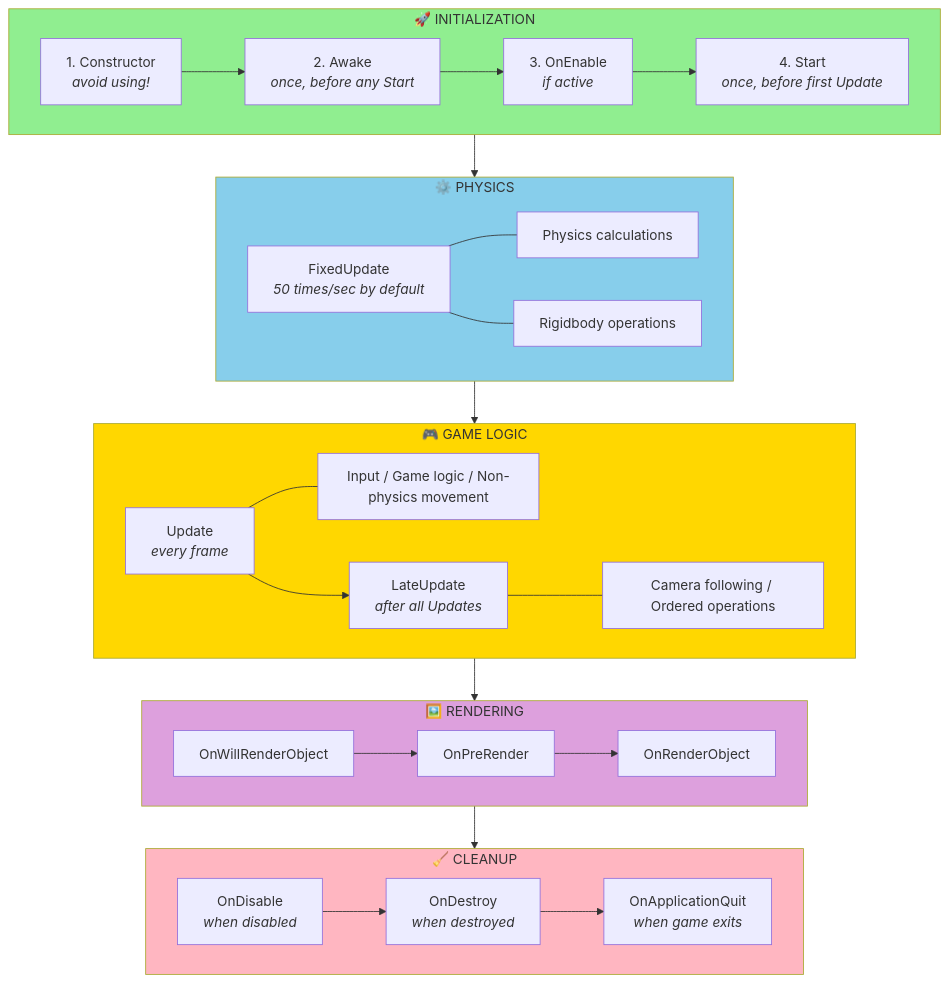
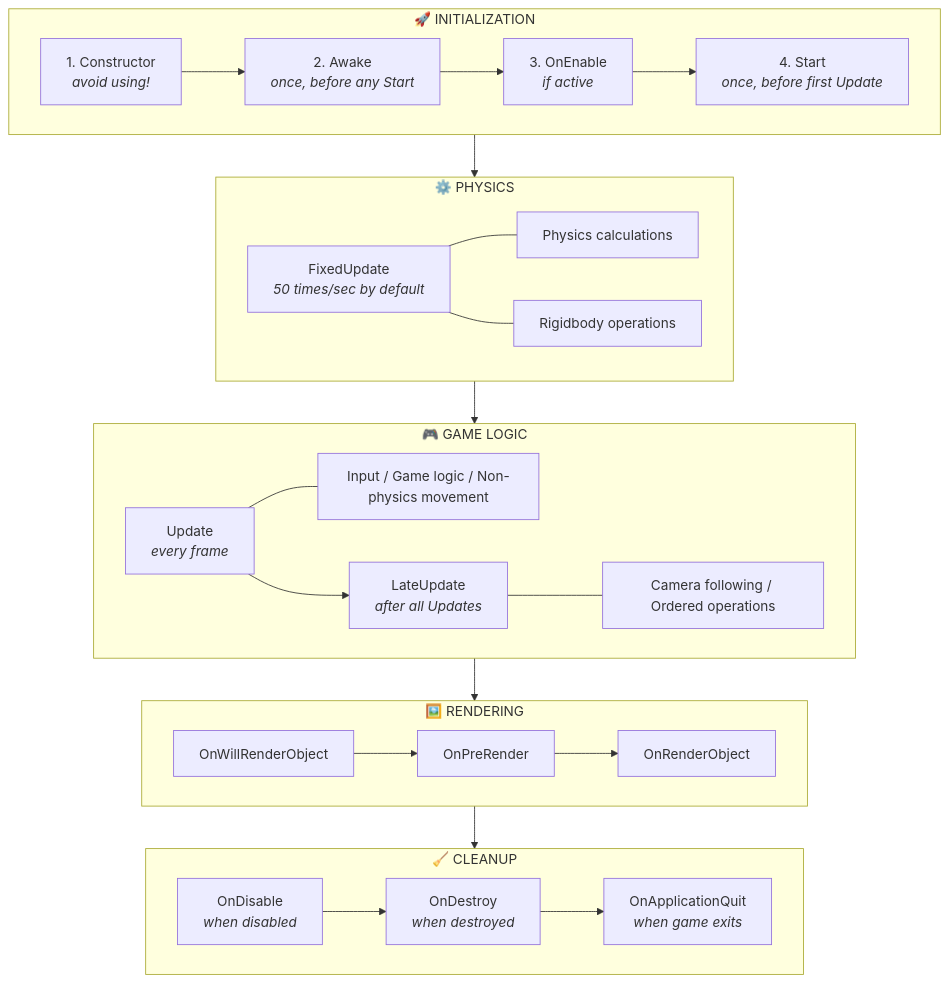
One commit to wallstop/unity-tips changed the first of 4 diagrams in docs/best-practices/01-lifecycle-methods.md. Above: the diagram before and after it, drawn with Mermaid. The commit also changed other lines of this file and 27 other files, not shown here.

First line of the commit message:
Make Mermaid diagrams theme-aware for GitHub Pages

````diff
--- a/docs/best-practices/01-lifecycle-methods.md
+++ b/docs/best-practices/01-lifecycle-methods.md
@@ -51,53 +51,47 @@
 ```mermaid
 flowchart TD
     subgraph INIT["🚀 INITIALIZATION"]
         A1["1. Constructor<br/><i>avoid using!</i>"]
         A2["2. Awake<br/><i>once, before any Start</i>"]
         A3["3. OnEnable<br/><i>if active</i>"]
         A4["4. Start<br/><i>once, before first Update</i>"]
         A1 --> A2 --> A3 --> A4
     end
 
     subgraph PHYSICS["⚙️ PHYSICS"]
         B1["FixedUpdate<br/><i>50 times/sec by default</i>"]
         B2["Physics calculations"]
         B3["Rigidbody operations"]
         B1 --- B2
         B1 --- B3
     end
 
     subgraph GAMELOGIC["🎮 GAME LOGIC"]
         C1["Update<br/><i>every frame</i>"]
         C2["Input / Game logic / Non-physics movement"]
         C3["LateUpdate<br/><i>after all Updates</i>"]
         C4["Camera following / Ordered operations"]
         C1 --- C2
         C1 --> C3
         C3 --- C4
     end
 
     subgraph RENDER["🖼️ RENDERING"]
         D1["OnWillRenderObject"]
         D2["OnPreRender"]
         D3["OnRenderObject"]
         D1 --> D2 --> D3
     end
 
     subgraph CLEANUP["🧹 CLEANUP"]
         E1["OnDisable<br/><i>when disabled</i>"]
         E2["OnDestroy<br/><i>when destroyed</i>"]
         E3["OnApplicationQuit<br/><i>when game exits</i>"]
         E1 --> E2 --> E3
     end
 
     INIT --> PHYSICS
     PHYSICS --> GAMELOGIC
     GAMELOGIC --> RENDER
     RENDER --> CLEANUP
-
-    style INIT fill:#90EE90
-    style PHYSICS fill:#87CEEB
-    style GAMELOGIC fill:#FFD700
-    style RENDER fill:#DDA0DD
-    style CLEANUP fill:#FFB6C1
 ```
````
